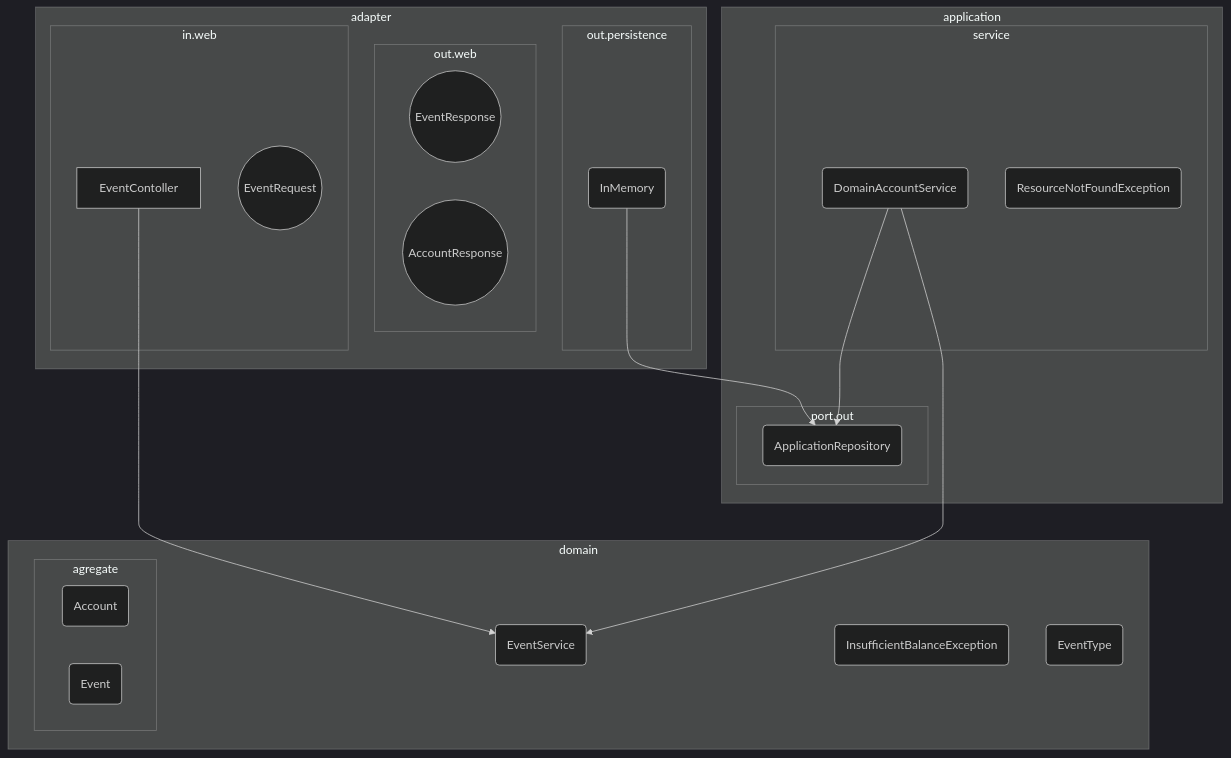
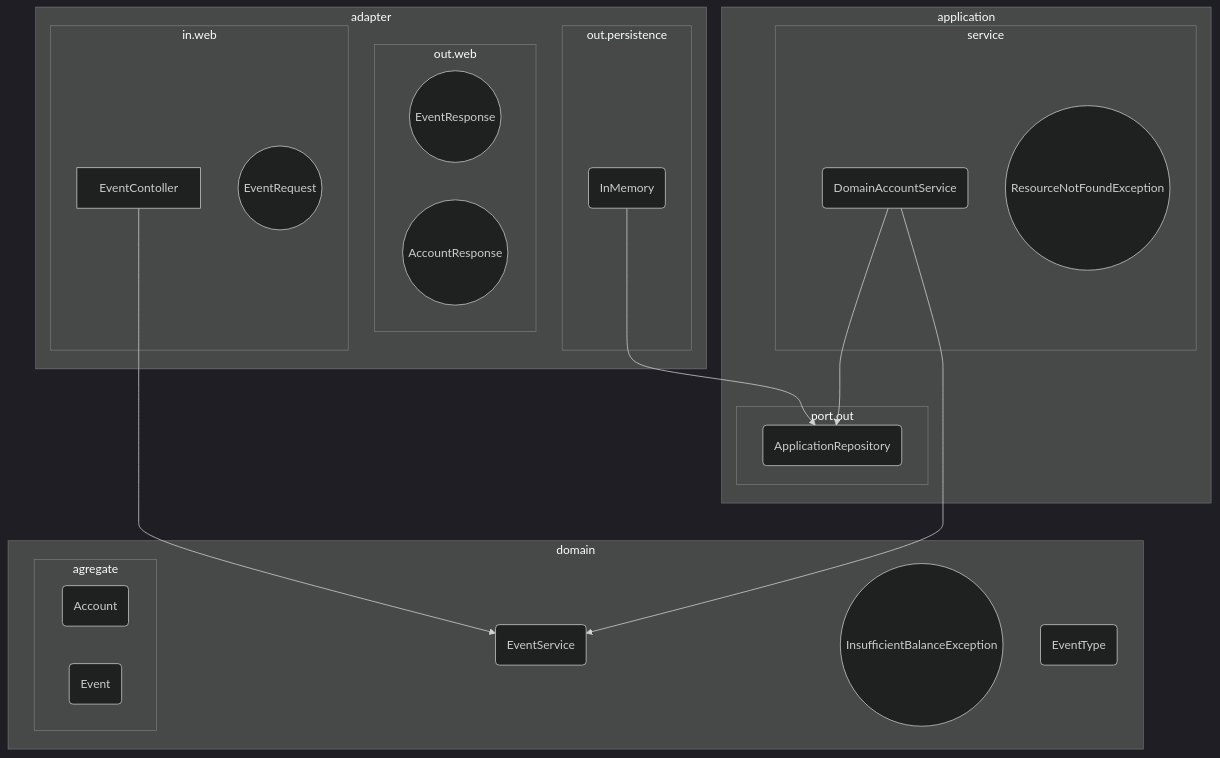
One commit to andre-svager/ipkiss_pragmazero changed the diagram in README.md. Above: the diagram before and after it, drawn with Mermaid.

Commit message:
Update readme file

````diff
--- a/README.md
+++ b/README.md
@@ -32,44 +32,44 @@
 ```mermaid
 %%{init: {'theme': 'dark' } }%%
 graph TD
     subgraph adapter
     subgraph in.web
       EC[EventContoller]
       ER((EventRequest))
     end
     subgraph out.web
       ERS((EventResponse))
       ARS((AccountResponse))
     end
     subgraph out.persistence
       IMR(InMemory)
     end 
     end
     
     subgraph domain
       ES(EventService)
-      IBE(InsufficientBalanceException)
+      IBE((InsufficientBalanceException))
       EVT(EventType)
     
     subgraph agregate
       AC(Account)
       EV(Event)
     end
     end
     
     subgraph application
     subgraph port.out
       AR(ApplicationRepository)
     end
     subgraph service
       DAS(DomainAccountService)
-      RNF(ResourceNotFoundException)
+      RNF((ResourceNotFoundException))
     end
     end
     
     DAS --> AR
     DAS --> ES
     EC ---> ES
     IMR --> AR 
     
 ```
````
